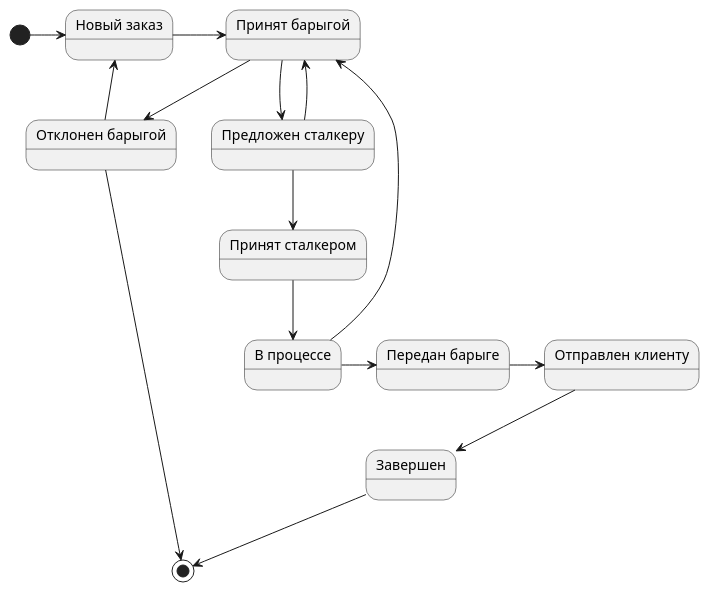
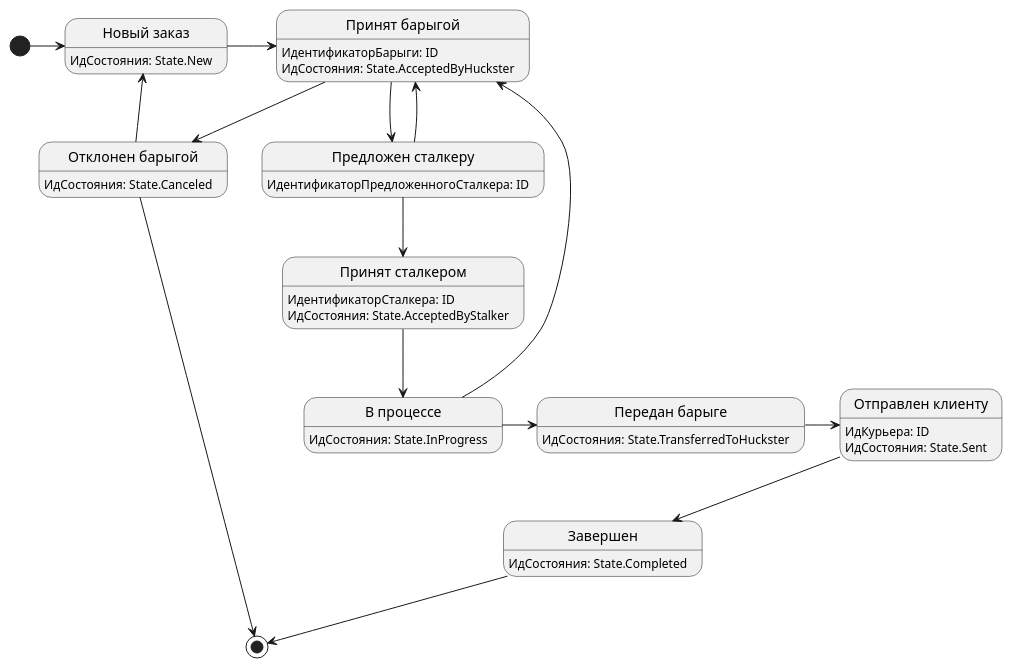
The diagram in logical-veiw/state_machine.puml (avdosev/itmo-software-diagrams), drawn with PlantUML before and after one commit.

```diff
--- a/logical-veiw/state_machine.puml
+++ b/logical-veiw/state_machine.puml
@@ -1,27 +1,49 @@
 @startuml
 
 
 state "Новый заказ" as NewOrder
 state "Принят барыгой" as AcceptedByHuckster
 state "Предложен сталкеру" as SuggestedToStalker
 state "Принят сталкером" as AcceptedByStalker
 state "В процессе" as InProgress
 state "Передан барыге" as TransferredToHuckster
 state "Отправлен клиенту" as Sent
 state "Завершен" as Completed
 state "Отклонен барыгой" as Canceled
 [*] -right-> NewOrder
 NewOrder-right-> AcceptedByHuckster
+NewOrder: ИдСостояния: State.New
+
+AcceptedByHuckster: ИдентификаторБарыги: ID
 AcceptedByHuckster --> SuggestedToStalker
+AcceptedByHuckster: ИдСостояния: State.AcceptedByHuckster
+AcceptedByHuckster --> Canceled
+
+
+SuggestedToStalker: ИдентификаторПредложенногоСталкера: ID
 SuggestedToStalker --> AcceptedByStalker
 SuggestedToStalker --> AcceptedByHuckster
-AcceptedByHuckster --> Canceled
+
+AcceptedByStalker: ИдентификаторСталкера: ID
+AcceptedByStalker: ИдСостояния: State.AcceptedByStalker
+AcceptedByStalker --> InProgress
+
+Canceled: ИдСостояния: State.Canceled
 Canceled -> NewOrder
-AcceptedByStalker --> InProgress
+
+InProgress: ИдСостояния: State.InProgress
 InProgress -right-> TransferredToHuckster
+
+TransferredToHuckster: ИдСостояния: State.TransferredToHuckster
+TransferredToHuckster -right-> Sent
+
 InProgress --> AcceptedByHuckster
-TransferredToHuckster -right-> Sent
+
+Sent: ИдКурьера: ID
+Sent: ИдСостояния: State.Sent
 Sent --> Completed
+
+Completed: ИдСостояния: State.Completed
 Completed --> [*]
 Canceled --> [*]
 @enduml
```
